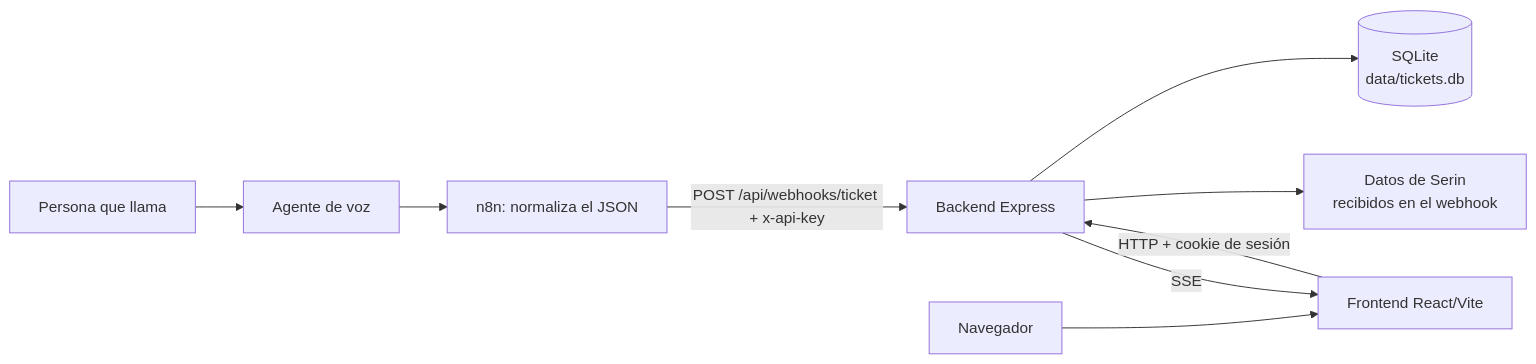
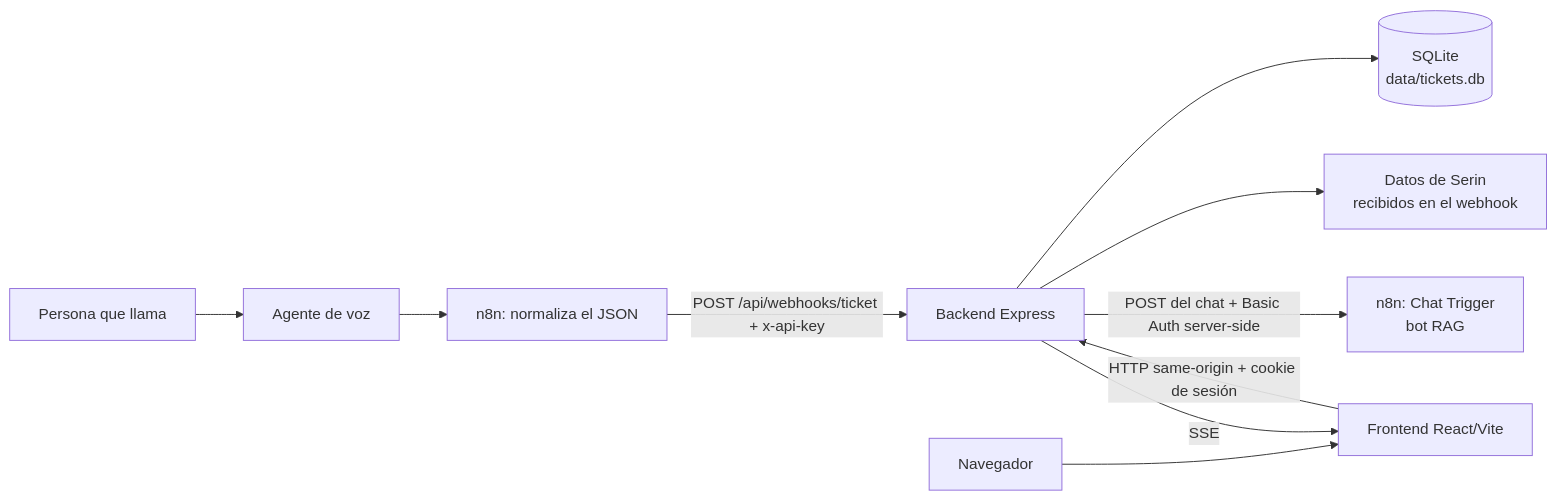
One commit to marianoLaclau/ticketsAdmin changed the first of 14 diagrams in docs/ARQUITECTURA.MD. Above: the diagram before and after it, drawn with Mermaid. The commit also changed other lines of this file and 3 other files, not shown here.

````diff
--- a/docs/ARQUITECTURA.MD
+++ b/docs/ARQUITECTURA.MD
@@ -18,11 +19,12 @@
 ```mermaid
 flowchart LR
     caller[Persona que llama] --> voice[Agente de voz]
-    voice --> n8n[n8n: normaliza el JSON]
-    n8n -->|POST /api/webhooks/ticket + x-api-key| api[Backend Express]
+    voice --> n8nIngest[n8n: normaliza el JSON]
+    n8nIngest -->|POST /api/webhooks/ticket + x-api-key| api[Backend Express]
     browser[Navegador] --> ui[Frontend React/Vite]
-    ui -->|HTTP + cookie de sesión| api
+    ui -->|HTTP same-origin + cookie de sesión| api
     api --> db[(SQLite<br/>data/tickets.db)]
     api -->|SSE| ui
     api --> serin[Datos de Serin<br/>recibidos en el webhook]
+    api -->|POST del chat + Basic Auth server-side| rag[n8n: Chat Trigger<br/>bot RAG]
 ```
````
